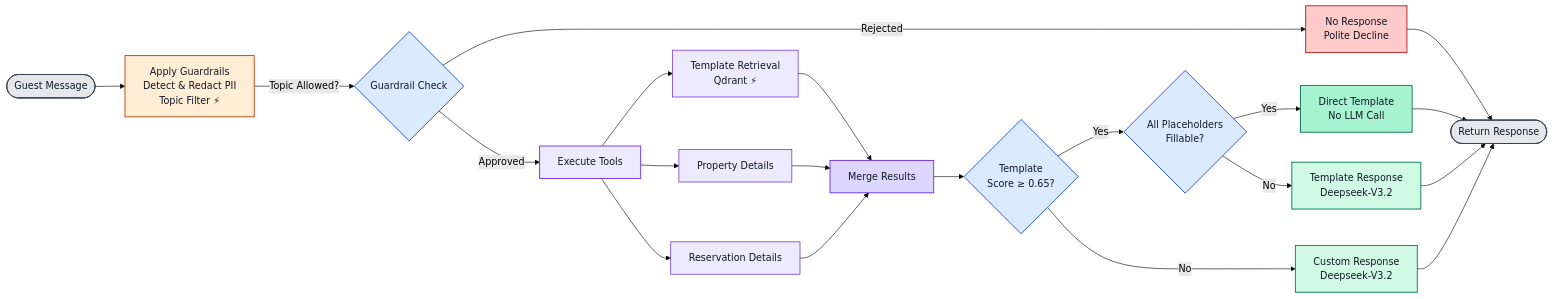
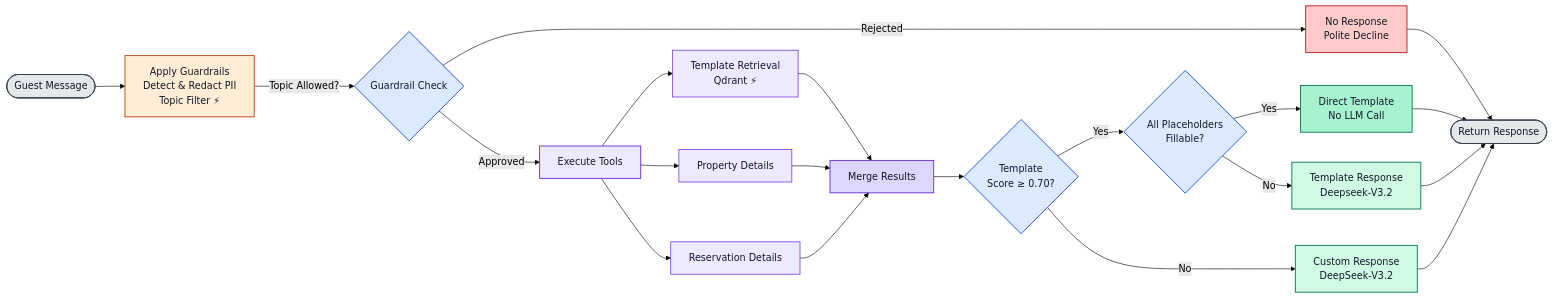
Before and after one commit to tyagiprnv/AI-Guest-Response-Agent: the diagram in README.md, drawn with Mermaid (forest theme). The commit also changed other lines of this file, not shown here.

````diff
--- a/README.md
+++ b/README.md
@@ -20,57 +20,57 @@
 ```mermaid
 graph LR
     Start([Guest Message]) --> Guardrails[Apply Guardrails<br/>Detect & Redact PII<br/>Topic Filter ⚡]
 
     Guardrails -->|Topic Allowed?| Decision{Guardrail Check}
 
     Decision -->|Rejected| NoResponse[No Response<br/>Polite Decline]
     Decision -->|Approved| Tools[Execute Tools]
 
     Tools --> T1[Template Retrieval<br/>Qdrant ⚡]
     Tools --> T2[Property Details]
     Tools --> T3[Reservation Details]
 
     T1 --> Merge[Merge Results]
     T2 --> Merge
     T3 --> Merge
 
-    Merge --> ResponseDecision{Template<br/>Score ≥ 0.65?}
+    Merge --> ResponseDecision{Template<br/>Score ≥ 0.70?}
 
     ResponseDecision -->|Yes| DirectCheck{All Placeholders<br/>Fillable?}
-    ResponseDecision -->|No| CustomResponse[Custom Response<br/>Deepseek-V3.2]
+    ResponseDecision -->|No| CustomResponse[Custom Response<br/>DeepSeek-V3.2]
 
     DirectCheck -->|Yes| DirectTemplate[Direct Template<br/>No LLM Call]
     DirectCheck -->|No| TemplateResponse[Template Response<br/>Deepseek-V3.2]
 
     NoResponse --> End([Return Response])
     DirectTemplate --> End
     TemplateResponse --> End
     CustomResponse --> End
 
     %% Entry / Exit
     style Start fill:#E5E7EB,stroke:#374151,stroke-width:1.5px,color:#111827
     style End fill:#E5E7EB,stroke:#374151,stroke-width:1.5px,color:#111827
 
     %% Guardrails / Safety
     style Guardrails fill:#FFEDD5,stroke:#C2410C,stroke-width:1.5px,color:#111827
     style NoResponse fill:#FECACA,stroke:#B91C1C,stroke-width:1.5px,color:#111827
 
     %% Decisions
     style Decision fill:#DBEAFE,stroke:#1D4ED8,stroke-width:1.5px,color:#111827
     style ResponseDecision fill:#DBEAFE,stroke:#1D4ED8,stroke-width:1.5px,color:#111827
     style DirectCheck fill:#DBEAFE,stroke:#1D4ED8,stroke-width:1.5px,color:#111827
 
     %% Tool execution
     style Tools fill:#EDE9FE,stroke:#6D28D9,stroke-width:1.5px,color:#111827
     style T1 fill:#EDE9FE,stroke:#6D28D9,stroke-width:1.2px,color:#111827
     style T2 fill:#EDE9FE,stroke:#6D28D9,stroke-width:1.2px,color:#111827
     style T3 fill:#EDE9FE,stroke:#6D28D9,stroke-width:1.2px,color:#111827
     style Merge fill:#DDD6FE,stroke:#6D28D9,stroke-width:1.5px,color:#111827
 
     %% Successful responses
     style DirectTemplate fill:#A7F3D0,stroke:#047857,stroke-width:1.5px,color:#111827
     style TemplateResponse fill:#D1FAE5,stroke:#047857,stroke-width:1.5px,color:#111827
     style CustomResponse fill:#D1FAE5,stroke:#047857,stroke-width:1.5px,color:#111827
 
 
 ```
````
